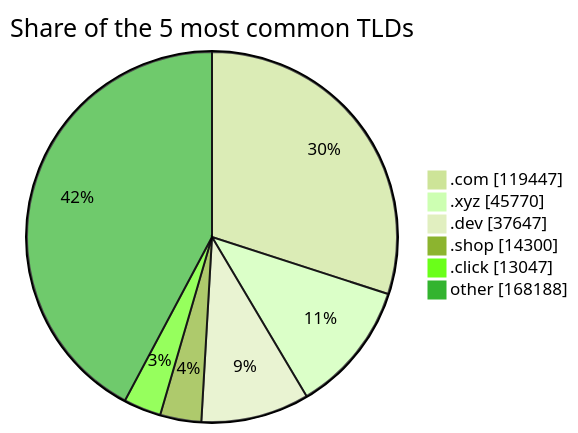
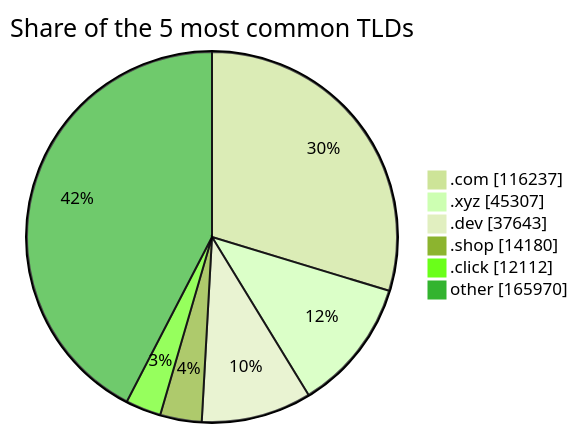
The third of 3 diagrams in README.md (DNSBunker/CTI), drawn with Mermaid (forest theme) before and after one commit. The commit also changed other lines of this file and 3 other files, not shown here.

````diff
--- a/README.md
+++ b/README.md
@@ -81,9 +81,9 @@
 ```mermaid
 pie showData title Share of the 5 most common TLDs
-    ".com" : 119447
-    ".xyz" : 45770
-    ".dev" : 37647
-    ".shop" : 14300
-    ".click" : 13047
-    "other" : 168188
+    ".com" : 116237
+    ".xyz" : 45307
+    ".dev" : 37643
+    ".shop" : 14180
+    ".click" : 12112
+    "other" : 165970
 ```
````
